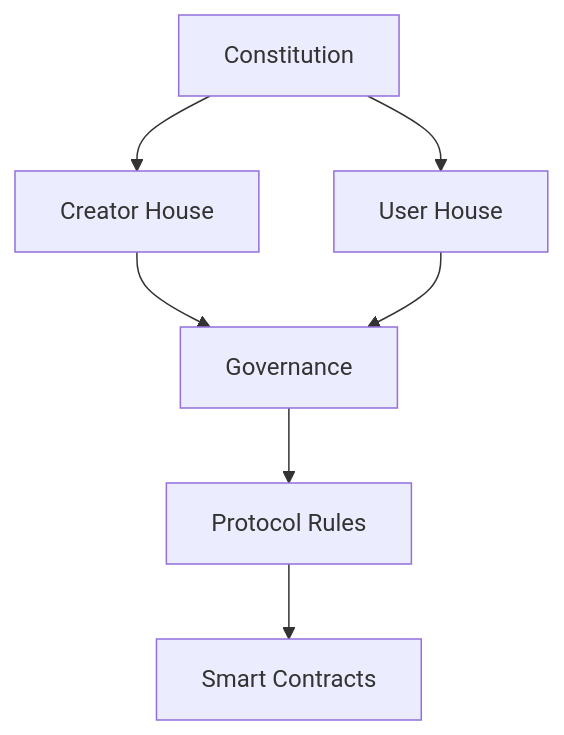
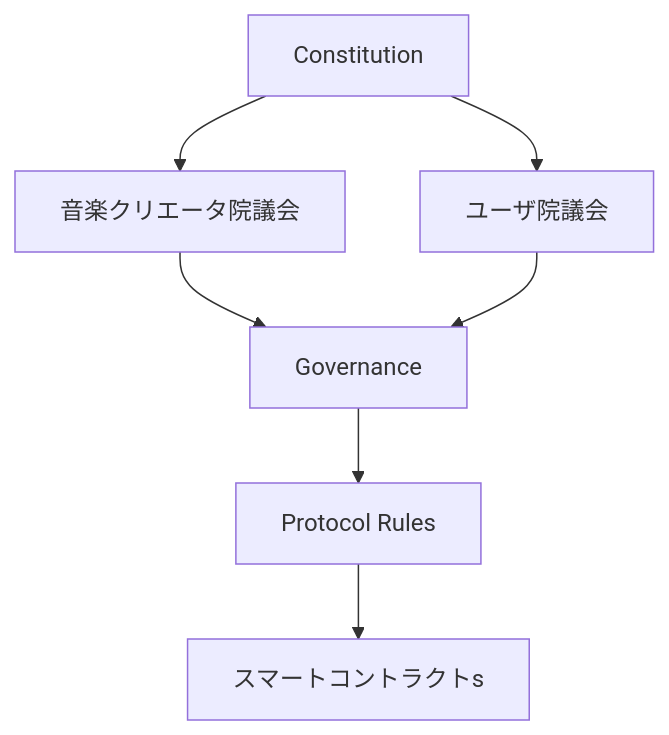
The seventh of 11 diagrams in docs/whitepaper/02-market.md (ShigeichiroYamasaki/creator-first-platform), drawn with Mermaid before and after one commit. The commit also changed other lines of this file and 67 other files, not shown here.

````diff
--- a/docs/whitepaper/02-market.md
+++ b/docs/whitepaper/02-market.md
@@ -243,13 +243,13 @@
 ```mermaid
 flowchart TD
     CONST[Constitution]
 
-    CONST --> CH[Creator House]
-    CONST --> UH[User House]
+    CONST --> CH[音楽クリエータ院議会]
+    CONST --> UH[ユーザ院議会]
 
     CH --> GOV[Governance]
     UH --> GOV
 
     GOV --> RULE[Protocol Rules]
-    RULE --> CODE[Smart Contracts]
+    RULE --> CODE[スマートコントラクトs]
 ```
````
